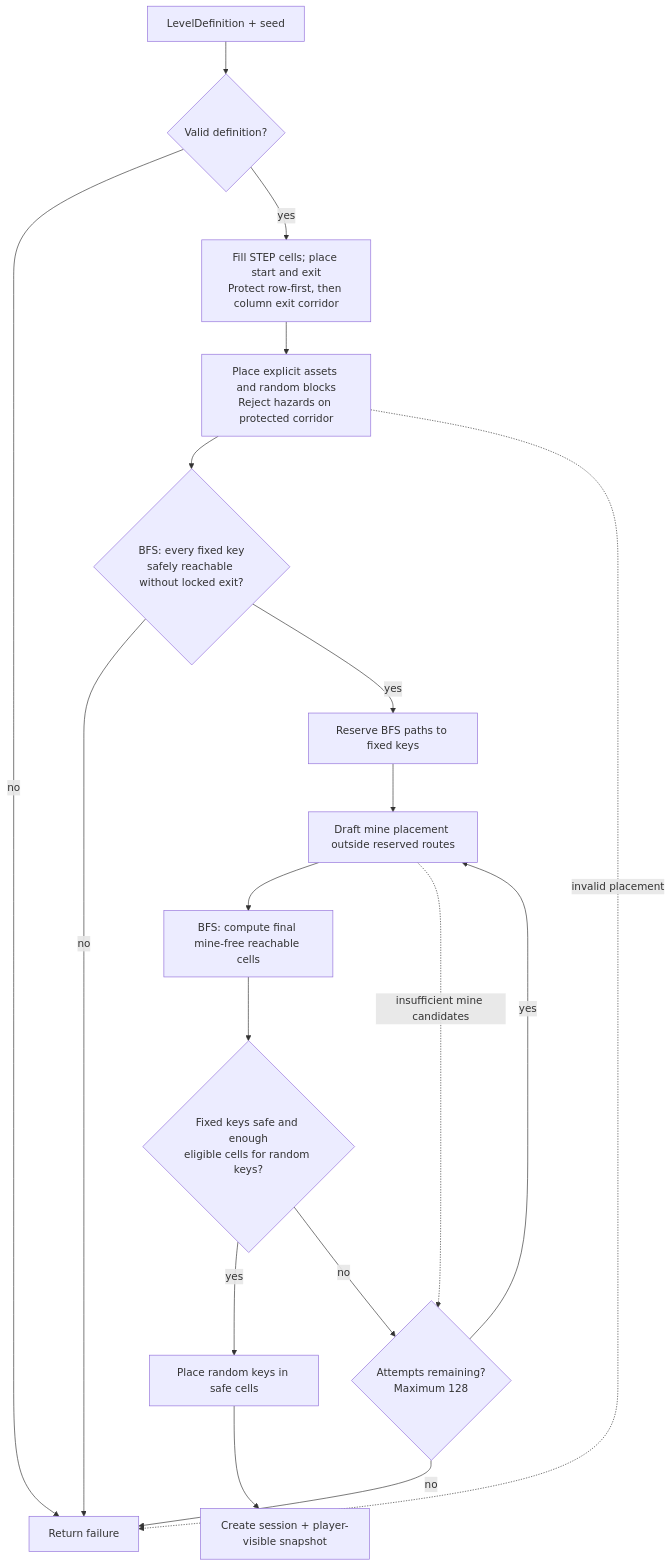
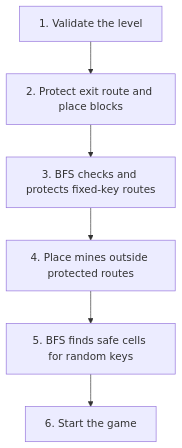
One commit to mohodroid/mine-sweaper changed the fourth of 4 diagrams in README.md. Above: the diagram before and after it, drawn with Mermaid. The commit also changed other lines of this file, not shown here.

Commit message:
docs: simplify architecture and gameplay diagrams

````diff
--- a/README.md
+++ b/README.md
@@ -216,20 +191,8 @@
 ```mermaid
 flowchart TD
-    Input["LevelDefinition + seed"] --> Validate{"Valid definition?"}
-    Validate -->|"no"| Failure["Return failure"]
-    Validate -->|"yes"| Base["Fill STEP cells; place start and exit<br/>Protect row-first, then column exit corridor"]
-    Base --> Fixed["Place explicit assets and random blocks<br/>Reject hazards on protected corridor"]
-    Fixed --> KeyCheck{"BFS: every fixed key<br/>safely reachable without locked exit?"}
-    KeyCheck -->|"no"| Failure
-    KeyCheck -->|"yes"| Reserve["Reserve BFS paths to fixed keys"]
-    Reserve --> Mines["Draft mine placement outside reserved routes"]
-    Mines --> Safe["BFS: compute final mine-free reachable cells"]
-    Safe --> Fits{"Fixed keys safe and enough<br/>eligible cells for random keys?"}
-    Fits -->|"yes"| Keys["Place random keys in safe cells"]
-    Keys --> Session["Create session + player-visible snapshot"]
-    Fits -->|"no"| Retry{"Attempts remaining?<br/>Maximum 128"}
-    Retry -->|"yes"| Mines
-    Retry -->|"no"| Failure
-    Fixed -.->|"invalid placement"| Failure
-    Mines -.->|"insufficient mine candidates"| Retry
+    Validate["1. Validate the level"] --> Base["2. Protect exit route and place blocks"]
+    Base --> Routes["3. BFS checks and protects fixed-key routes"]
+    Routes --> Mines["4. Place mines outside protected routes"]
+    Mines --> Keys["5. BFS finds safe cells for random keys"]
+    Keys --> Ready["6. Start the game"]
 ```
````
